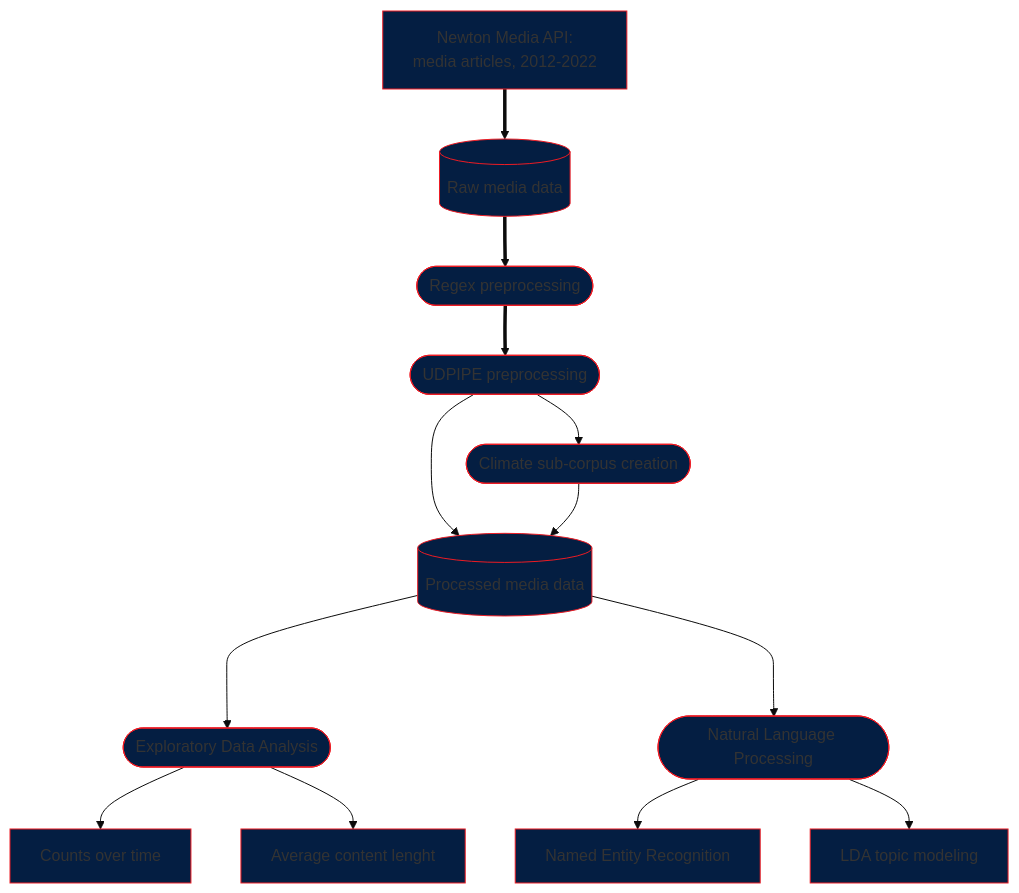
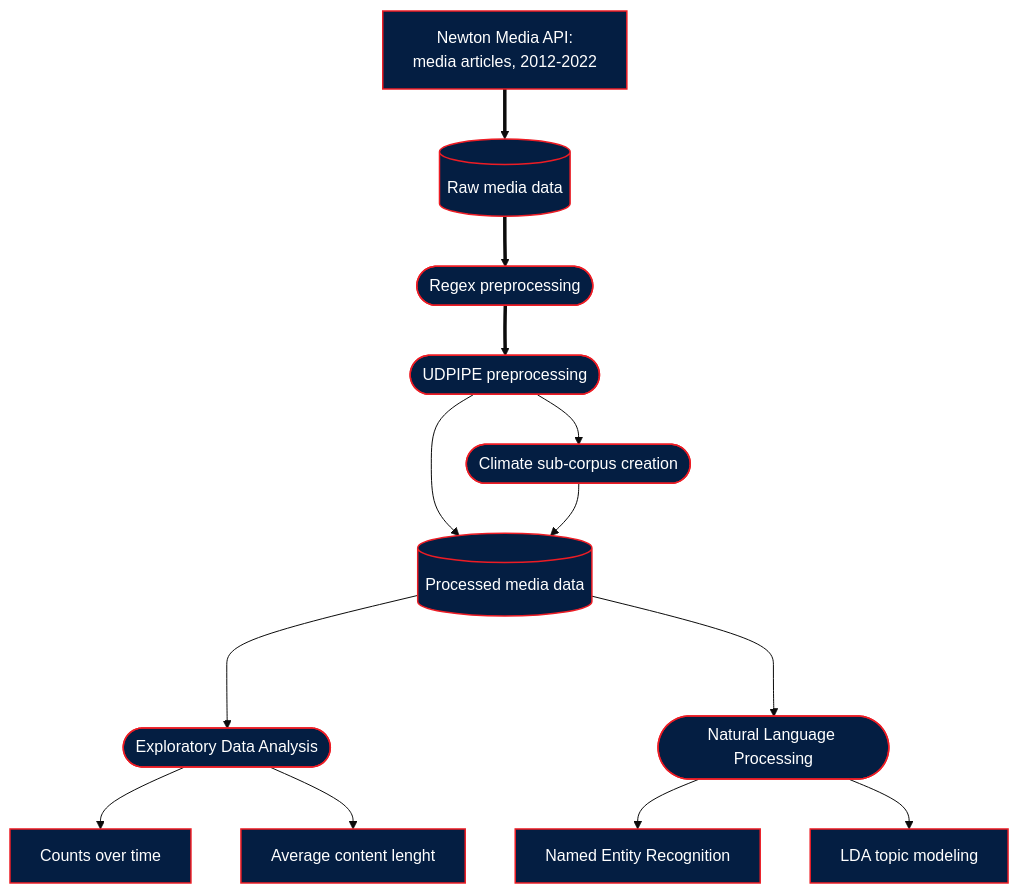
One commit to opop999/public_media_climate_change changed the diagram in README.md. Above: the diagram before and after it, drawn with Mermaid (base theme).

````diff
--- a/README.md
+++ b/README.md
@@ -9,29 +9,29 @@
 ```mermaid
 graph TD;
-  style newton  fill: #041e42, stroke: #ed1c24, stroke-width: 1px
-  style raw_data  fill: #041e42, stroke: #ed1c24, stroke-width: 1px
-  style regex  fill: #041e42, stroke: #ed1c24, stroke-width: 1px
-  style udpipe  fill: #041e42, stroke: #ed1c24, stroke-width: 1px
-  style climate_corpus  fill: #041e42, stroke: #ed1c24, stroke-width: 1px
-  style clean_data  fill: #041e42, stroke: #ed1c24, stroke-width: 1px
-  style eda  fill: #041e42, stroke: #ed1c24, stroke-width: 1px
-  style udpipe  fill: #041e42, stroke: #ed1c24, stroke-width: 1px
-  style nlp  fill: #041e42, stroke: #ed1c24, stroke-width: 1px
-  style counts  fill: #041e42, stroke: #ed1c24, stroke-width: 1px
-  style length  fill: #041e42, stroke: #ed1c24, stroke-width: 1px
-  style lda  fill: #041e42, stroke: #ed1c24, stroke-width: 1px
-  style ner  fill: #041e42, stroke: #ed1c24, stroke-width: 1px
+    style newton fill:#041e42,color:#fff,stroke:#ed1c24,stroke-width:1.5px
+    style raw_data fill:#041e42,color:#fff,stroke:#ed1c24,stroke-width:1.5px
+    style regex fill:#041e42,color:#fff,stroke:#ed1c24,stroke-width:1.5px
+    style udpipe fill:#041e42,color:#fff,stroke:#ed1c24,stroke-width:1.5px
+    style climate_corpus fill:#041e42,color:#fff,stroke:#ed1c24,stroke-width:1.5px
+    style clean_data fill:#041e42,color:#fff,stroke:#ed1c24,stroke-width:1.5px
+    style eda fill:#041e42,color:#fff,stroke:#ed1c24,stroke-width:1.5px
+    style udpipe fill:#041e42,color:#fff,stroke:#ed1c24,stroke-width:1.5px
+    style nlp fill:#041e42,color:#fff,stroke:#ed1c24,stroke-width:1.5px
+    style counts fill:#041e42,color:#fff,stroke:#ed1c24,stroke-width:1.5px
+    style length fill:#041e42,color:#fff,stroke:#ed1c24,stroke-width:1.5px
+    style lda fill:#041e42,color:#fff,stroke:#ed1c24,stroke-width:1.5px
+    style ner fill:#041e42,color:#fff,stroke:#ed1c24,stroke-width:1.5px
 
-  newton[Newton Media API: <br> media articles, 2012-2022] ==> raw_data[(Raw media data)]
-  raw_data ==> regex([Regex preprocessing])
-  regex ==> udpipe([UDPIPE preprocessing])
-  udpipe ---> clean_data[(Processed media data)]
-  udpipe --> climate_corpus([Climate sub-corpus creation])
-  climate_corpus --> clean_data
-  clean_data ---> eda([Exploratory Data Analysis])
-  clean_data ---> nlp([Natural Language Processing])
-  eda --> counts[Counts over time]
-  eda --> length[Average content lenght]
-  nlp --> ner[Named Entity Recognition]
-  nlp --> lda[LDA topic modeling]
+    newton[Newton Media API: <br> media articles, 2012-2022] ==> raw_data[(Raw media data)]
+    raw_data ==> regex([Regex preprocessing])
+    regex ==> udpipe([UDPIPE preprocessing])
+    udpipe ---> clean_data[(Processed media data)]
+    udpipe --> climate_corpus([Climate sub-corpus creation])
+    climate_corpus --> clean_data
+    clean_data ---> eda([Exploratory Data Analysis])
+    clean_data ---> nlp([Natural Language Processing])
+    eda --> counts[Counts over time]
+    eda --> length[Average content lenght]
+    nlp --> ner[Named Entity Recognition]
+    nlp --> lda[LDA topic modeling]
 ```
````
